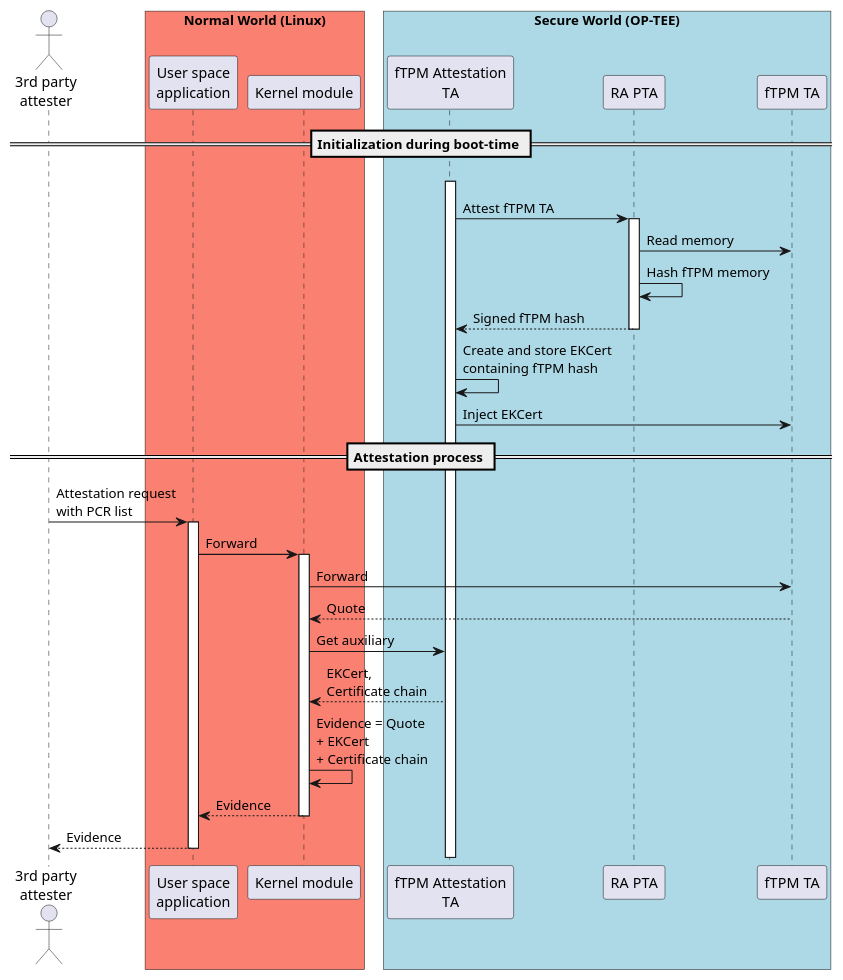
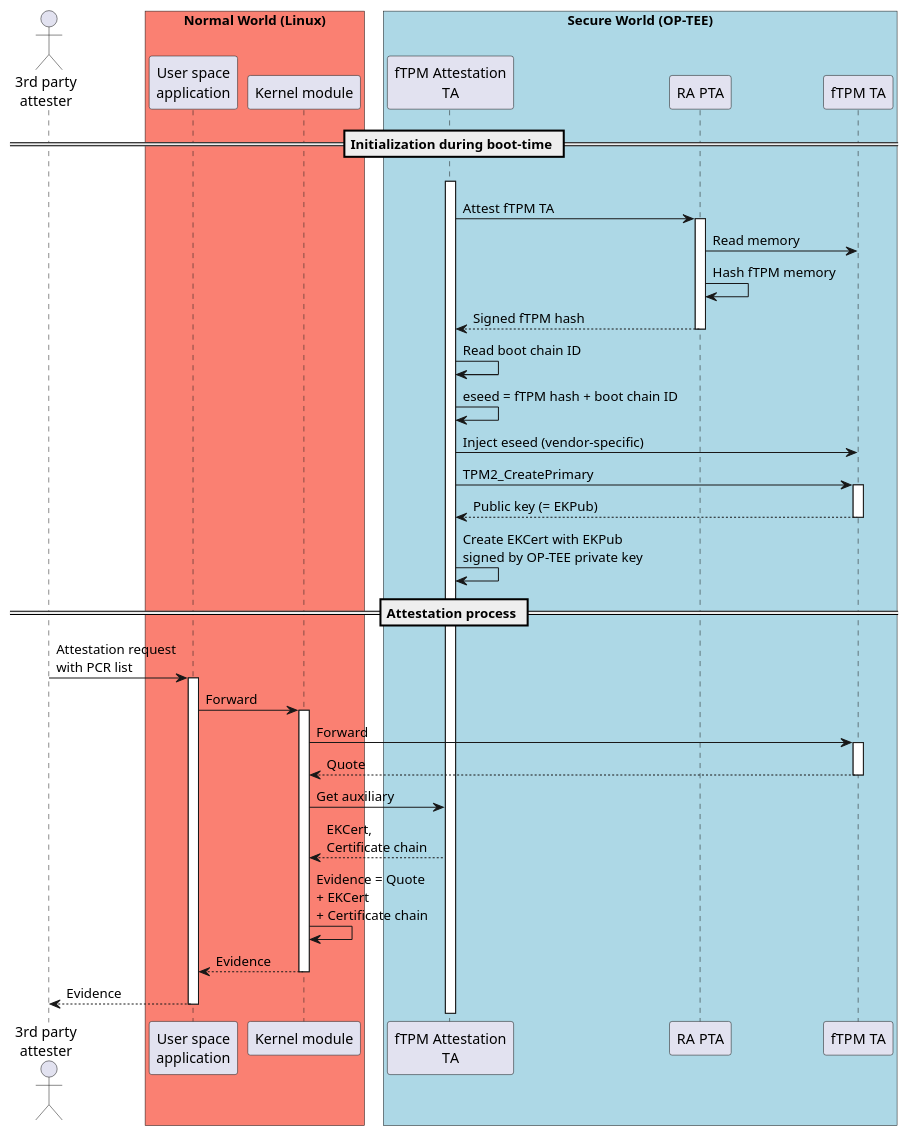
Before and after one commit to akorb/master-thesis: the diagram in figures/sequence_diagram.puml, drawn with PlantUML.

Commit message:
Include boot chain in UML diagram

```diff
--- a/figures/sequence_diagram.puml
+++ b/figures/sequence_diagram.puml
@@ -1,49 +1,56 @@
 @startuml sequence diagram
 
 
 
 actor "3rd party\nattester"
 
 == Initialization during boot-time ==
 
 'activate "fTPM Attestation\nTA"
 '?-> "fTPM Attestation\nTA": Triggered\nby OP-TEE
 "fTPM Attestation\nTA" -[hidden]-> "fTPM Attestation\nTA" ++
 
 "fTPM Attestation\nTA" -> "RA PTA" ++: Attest fTPM TA
 
 "RA PTA" -> "fTPM TA": Read memory
 "RA PTA" -> "RA PTA": Hash fTPM memory
-
 "fTPM Attestation\nTA" <-- "RA PTA" --: Signed fTPM hash
 
-"fTPM Attestation\nTA" -> "fTPM Attestation\nTA": Create and store EKCert\ncontaining fTPM hash
-"fTPM Attestation\nTA" -> "fTPM TA": Inject EKCert
+"fTPM Attestation\nTA" -> "fTPM Attestation\nTA": Read boot chain ID
+
+"fTPM Attestation\nTA" -> "fTPM Attestation\nTA": eseed = fTPM hash + boot chain ID
+"fTPM Attestation\nTA" -> "fTPM TA": Inject eseed (vendor-specific)
+
+"fTPM Attestation\nTA" -> "fTPM TA" ++: TPM2_CreatePrimary
+"fTPM Attestation\nTA" <-- "fTPM TA" --: Public key (= EKPub)
+
+"fTPM Attestation\nTA" -> "fTPM Attestation\nTA": Create EKCert with EKPub\nsigned by OP-TEE private key
+
 
 
 == Attestation process ==
 
 "3rd party\nattester" -> "User space\napplication" ++: Attestation request\nwith PCR list
 "User space\napplication" -> "Kernel module" ++: Forward
 
-"Kernel module" -> "fTPM TA": Forward
-"Kernel module" <-- "fTPM TA": Quote
+"Kernel module" -> "fTPM TA" ++: Forward
+"Kernel module" <-- "fTPM TA" --: Quote
 "Kernel module" -> "fTPM Attestation\nTA": Get auxiliary
 "Kernel module" <-- "fTPM Attestation\nTA": EKCert,\nCertificate chain
 "Kernel module" -> "Kernel module": Evidence = Quote\n+ EKCert\n+ Certificate chain
 "User space\napplication" <-- "Kernel module" --: Evidence
 "3rd party\nattester" <-- "User space\napplication" --: Evidence
 
 
 box "Normal World (Linux)" #Salmon
 participant "User space\napplication"
 participant "Kernel module"
 end box
 
 box "Secure World (OP-TEE)" #LightBlue
 participant "fTPM Attestation\nTA"
 participant "RA PTA"
 participant "fTPM TA"
 end box
 
 @enduml
```
